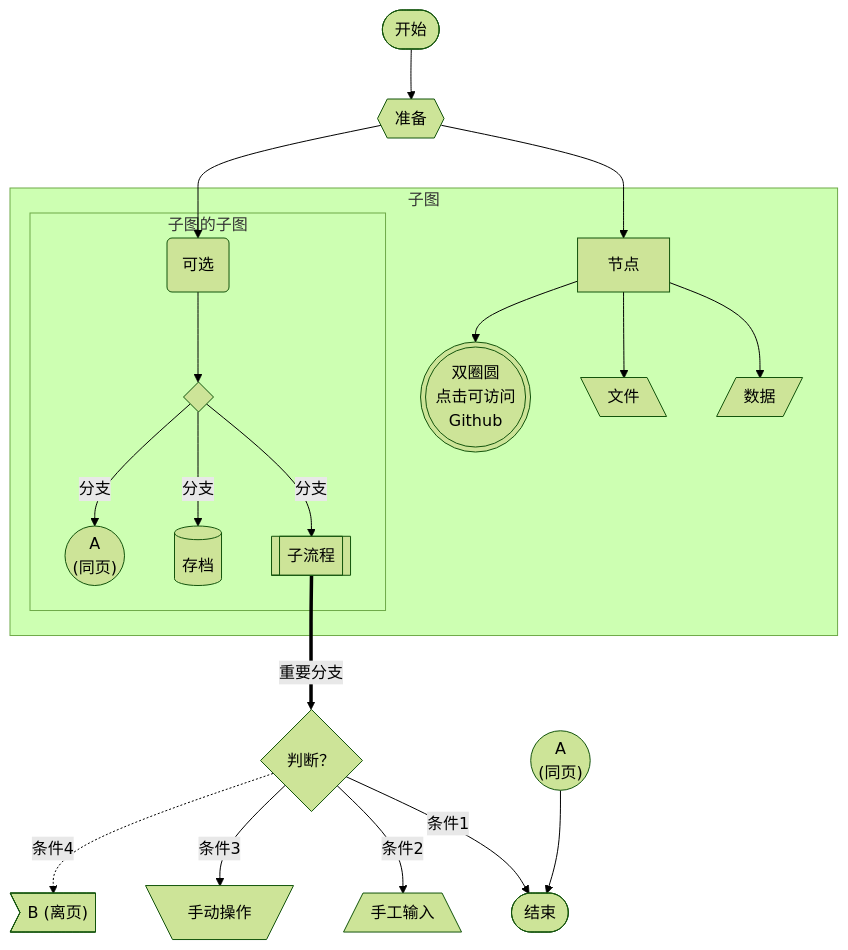
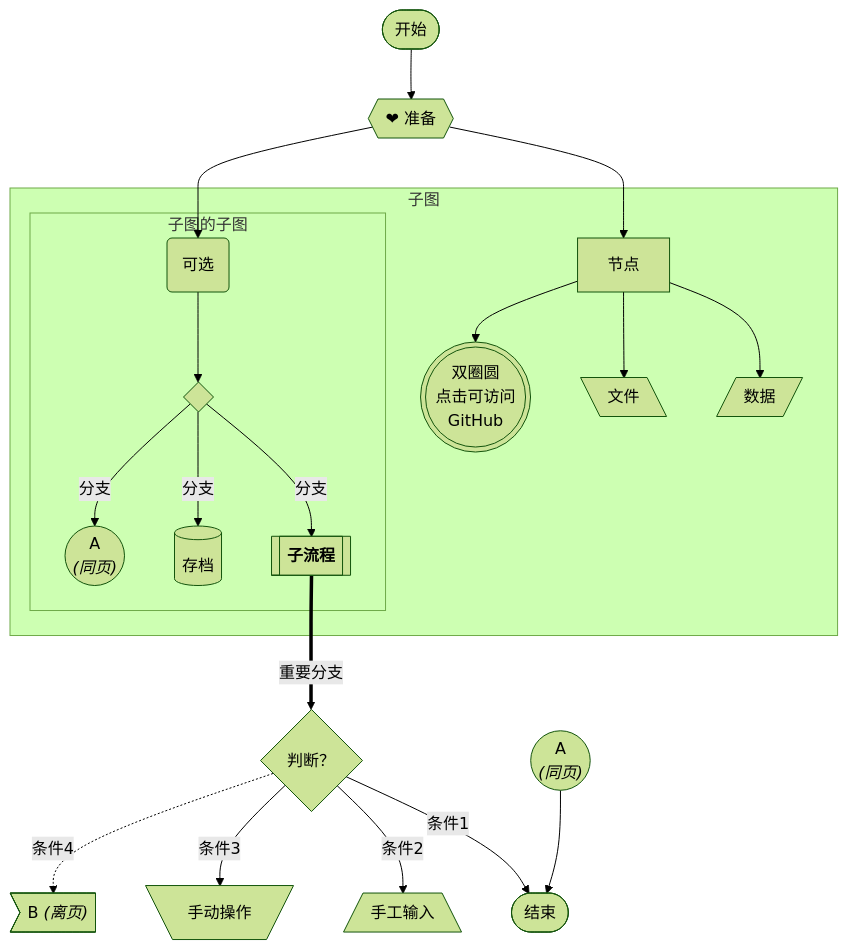
Before and after one commit to MadMaxChow/VLOOK: the second of 6 diagrams in released/samples/guide2.md, drawn with Mermaid (forest theme). The commit also changed other lines of this file and 273 other files, not shown here.

````diff
--- a/released/samples/guide2.md
+++ b/released/samples/guide2.md
@@ -2194,33 +2198,34 @@
 ```mermaid
 flowchart TB
 %% 图的方向说明
 %% LR：从左到图，RL：从右到左，TB：从上到下，BT：从下到上
 
 %% 连续连接
-START([开始]) --> pre1{{准备}} --> node2[节点]
+START([开始])
+START --> pre1{{"❤ 准备"}} --> node2[节点]
 pre1 --> node1(可选)
 
 subgraph 子图
   subgraph 子图的子图
     %% 一对多
     node1 --> join1{ }
-    join1 --> |分支|groud1[[子流程]] & database[(存档)] & inpage1(("A<br>(同页)"))
+    join1 --> |分支|groud1[["`**子流程**`"]] & database[(存档)] & inpage1(("`A<br>_(同页)_`"))
     %% click clickable "#Mermaid 的状态机图"
   end  	
 node2 --> data1[/数据/]
 node2 --> data2[\文件\]
-node2 --> data3(((双圈圆<br>点击可访问<br>Github)))
+node2 --> data3(((双圈圆<br>点击可访问<br>GitHub)))
 click data3 "https://www.github.com" _blank
 end
 
 %% this is a comment
 
 groud1 ==> |重要分支|cond1{"判断？"}
 cond1 --> |条件1|END
 cond1 --> |条件2|B[/手工输入\]
 cond1 --> |条件3|B2[\手动操作/]
-cond1 -.-> |条件4|outpage2>"B (离页)"]
+cond1 -.-> |条件4|outpage2>"`B _(离页)_`"]
 
-inpage2(("A<br>(同页)")) --> END
+inpage2(("`A<br>_(同页)_`")) --> END
 END([结束])
 ```
````
